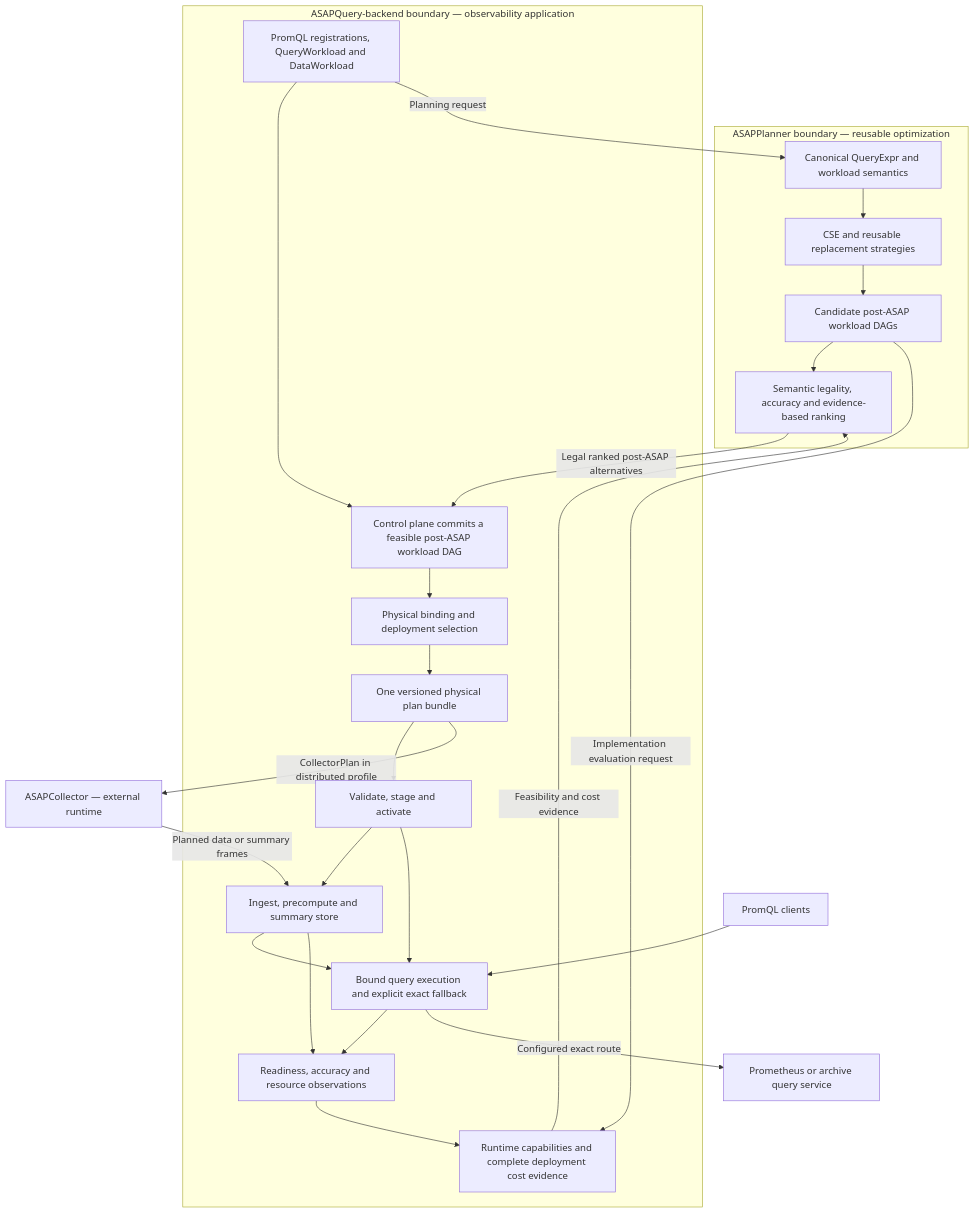
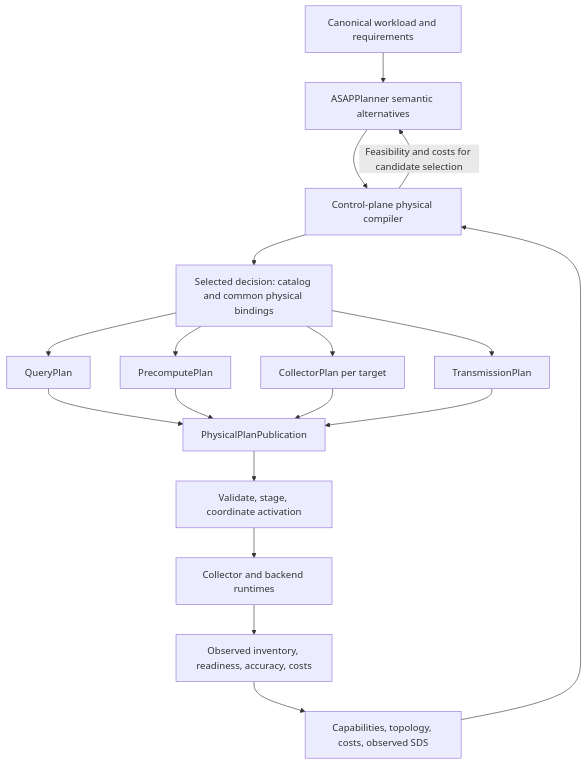
Before and after one commit to ProjectASAP/ASAPQuery-backend: the diagram in docs/design_docs/asapplanner-integration.md, drawn with Mermaid. The commit also changed other lines of this file and 3 other files, not shown here.

Commit message:
docs: clarify Planner physical plan and SDS architecture

````diff
--- a/docs/design_docs/asapplanner-integration.md
+++ b/docs/design_docs/asapplanner-integration.md
@@ -16,38 +63,20 @@
 ```mermaid
 flowchart TD
-    subgraph PlannerBoundary["ASAPPlanner boundary — reusable optimization"]
-        Canonical[Canonical QueryExpr and workload semantics]
-        Canonical --> Strategies[CSE and reusable replacement strategies]
-        Strategies --> Candidates[Candidate post-ASAP workload DAGs]
-        Candidates --> Ranking[Semantic legality, accuracy and evidence-based ranking]
-    end
-
-    subgraph BackendBoundary["ASAPQuery-backend boundary — observability application"]
-        Inputs[PromQL registrations, QueryWorkload and DataWorkload]
-        Evidence[Runtime capabilities and complete deployment cost evidence]
-        Commit[Control plane commits a feasible post-ASAP workload DAG]
-        Compile[Physical binding and deployment selection]
-        Bundle[One versioned physical plan bundle]
-        Activate[Validate, stage and activate]
-        Precompute[Ingest, precompute and summary store]
-        Serve[Bound query execution and explicit exact fallback]
-        Feedback[Readiness, accuracy and resource observations]
-        Inputs --> Commit
-        Commit --> Compile --> Bundle --> Activate
-        Activate --> Precompute
-        Activate --> Serve
-        Precompute --> Serve
-        Precompute --> Feedback
-        Serve --> Feedback
-        Feedback --> Evidence
-    end
-
-    Inputs -->|Planning request| Canonical
-    Candidates -->|Implementation evaluation request| Evidence
-    Evidence -->|Feasibility and cost evidence| Ranking
-    Ranking -->|Legal ranked post-ASAP alternatives| Commit
-    Bundle -->|CollectorPlan in distributed profile| Collector[ASAPCollector — external runtime]
-    Collector -->|Planned data or summary frames| Precompute
-    Clients[PromQL clients] --> Serve
-    Serve -->|Configured exact route| Exact[Prometheus or archive query service]
+    W[Canonical workload and requirements] --> P[ASAPPlanner semantic alternatives]
+    E[Capabilities, topology, costs, observed SDS] --> C[Control-plane physical compiler]
+    P --> C
+    C -->|Feasibility and costs for candidate selection| P
+    C --> B[Selected decision: catalog and common physical bindings]
+    B --> Q[QueryPlan]
+    B --> M[PrecomputePlan]
+    B --> L[CollectorPlan per target]
+    B --> T[TransmissionPlan]
+    Q --> U[PhysicalPlanPublication]
+    M --> U
+    L --> U
+    T --> U
+    U --> V[Validate, stage, coordinate activation]
+    V --> R[Collector and backend runtimes]
+    R --> O[Observed inventory, readiness, accuracy, costs]
+    O --> E
 ```
````
